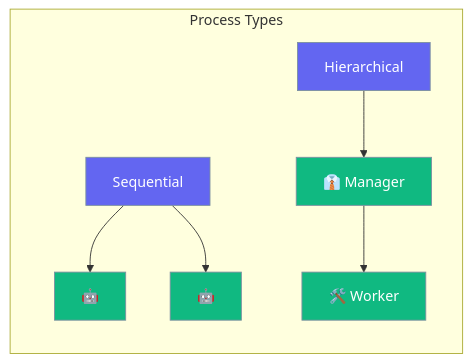
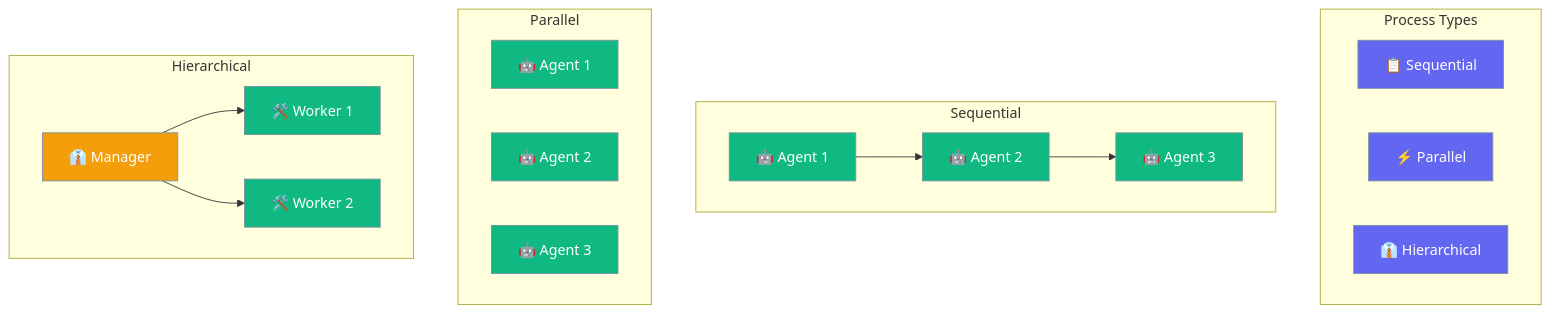
One commit to MervinPraison/PraisonAIDocs changed the first of 2 diagrams in docs/rust/process.mdx. Above: the diagram before and after it, drawn with Mermaid. The commit also changed other lines of this file and 87 other files, not shown here.

````diff
--- a/docs/rust/process.mdx
+++ b/docs/rust/process.mdx
@@ -10,15 +10,31 @@
 ```mermaid
-graph LR
+graph TB
     subgraph "Process Types"
-        S[Sequential] --> A1[🤖]
-        S --> A2[🤖]
-        H[Hierarchical] --> M[👔 Manager]
-        M --> W[🛠️ Worker]
+        SEQ[📋 Sequential]
+        PAR[⚡ Parallel]
+        HIE[👔 Hierarchical]
+    end
+    
+    subgraph "Sequential"
+        S1[🤖 Agent 1] --> S2[🤖 Agent 2] --> S3[🤖 Agent 3]
+    end
+    
+    subgraph "Parallel"
+        P1[🤖 Agent 1]
+        P2[🤖 Agent 2]
+        P3[🤖 Agent 3]
+    end
+    
+    subgraph "Hierarchical"
+        M[👔 Manager] --> W1[🛠️ Worker 1]
+        M --> W2[🛠️ Worker 2]
     end
     
     classDef process fill:#6366F1,stroke:#7C90A0,color:#fff
     classDef agent fill:#10B981,stroke:#7C90A0,color:#fff
+    classDef manager fill:#F59E0B,stroke:#7C90A0,color:#fff
     
-    class S,H process
-    class A1,A2,M,W agent
+    class SEQ,PAR,HIE process
+    class S1,S2,S3,P1,P2,P3,W1,W2 agent
+    class M manager
 ```
````
